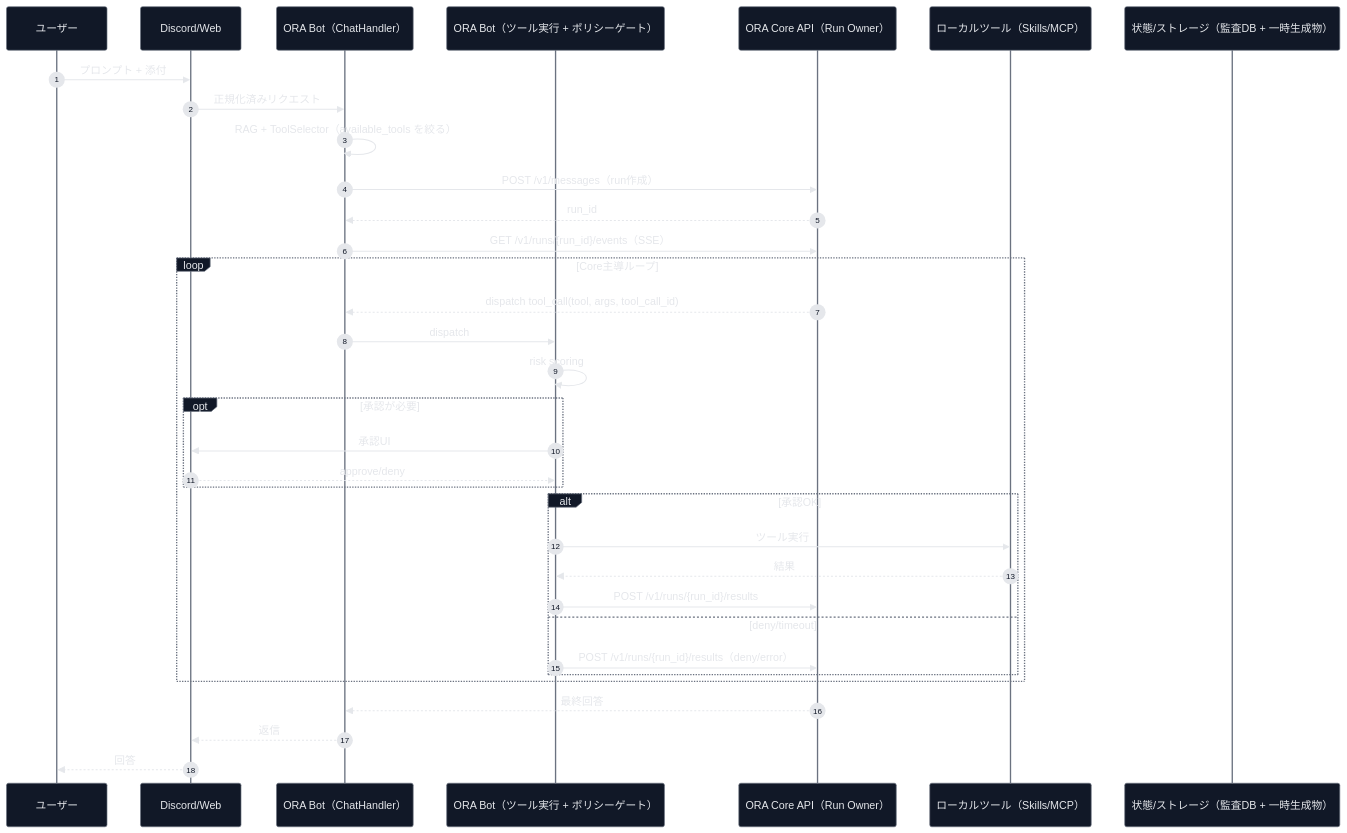
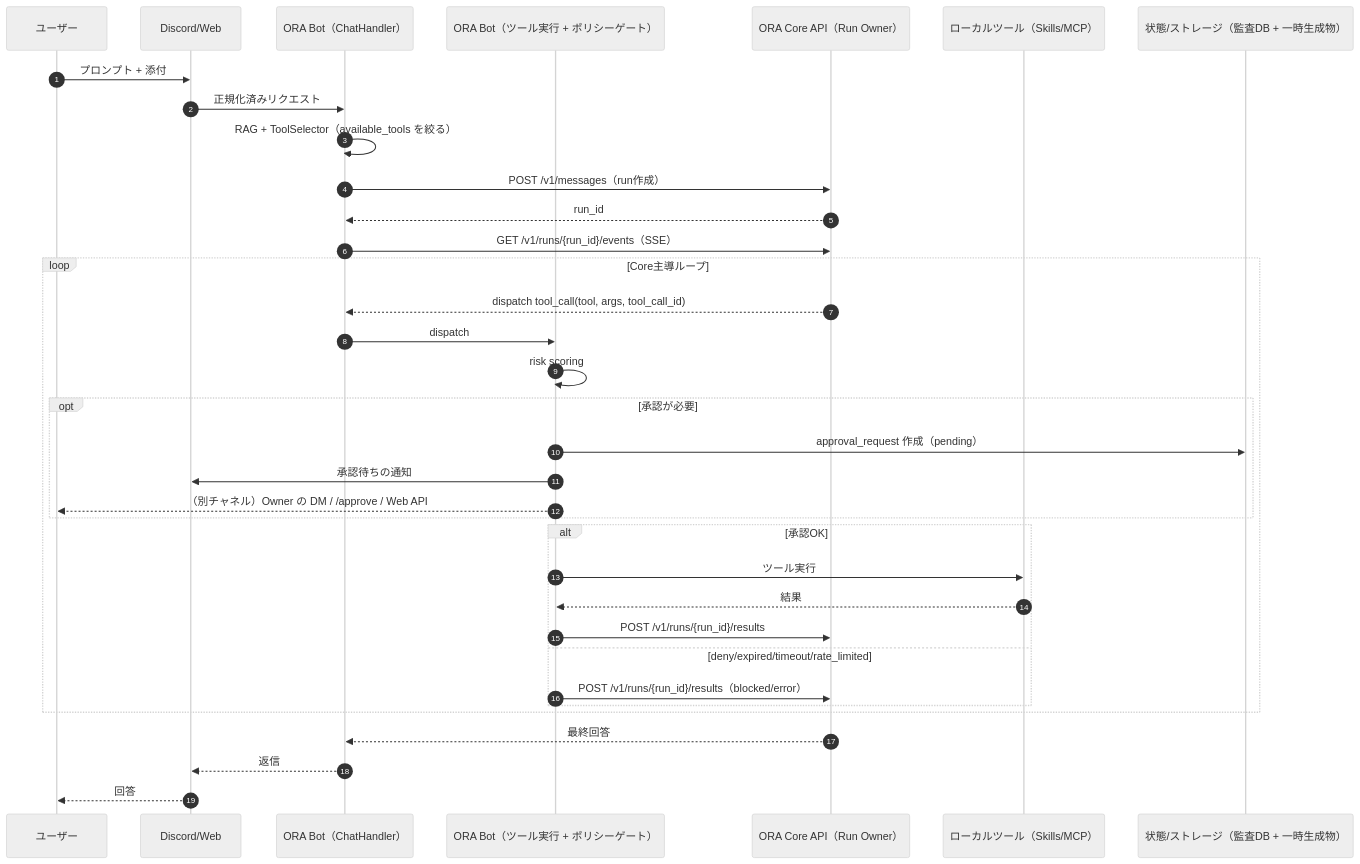
One commit to YoneRai12/YonerAI changed the diagram in README_JP.md. Above: the diagram before and after it, drawn with Mermaid. The commit also changed other lines of this file and 1 other file, not shown here.

Commit message:
docs: fix GitHub Mermaid contrast for sequence diagram

````diff
--- a/README_JP.md
+++ b/README_JP.md
@@ -192,40 +194,41 @@
 ```mermaid
-%%{init: {"theme":"base","themeVariables":{"mainBkg":"#0d1117","textColor":"#e5e7eb","lineColor":"#9ca3af","primaryColor":"#111827","primaryTextColor":"#e5e7eb","primaryBorderColor":"#6b7280","actorBkg":"#111827","actorBorder":"#6b7280","actorTextColor":"#e5e7eb","actorLineColor":"#6b7280","signalColor":"#e5e7eb","signalTextColor":"#e5e7eb","sequenceNumberBgColor":"#e5e7eb","sequenceNumberColor":"#111827","labelBoxBkgColor":"#111827","labelBoxBorderColor":"#6b7280","labelTextColor":"#e5e7eb","loopBkgColor":"#111827","loopBorderColor":"#6b7280","loopTextColor":"#e5e7eb","noteBkgColor":"#111827","noteBorderColor":"#6b7280","noteTextColor":"#e5e7eb","activationBkgColor":"#1f2937","activationBorderColor":"#6b7280"}}}%%
+%%{init: {"theme":"neutral"}}%%
 sequenceDiagram
     autonumber
     participant U as ユーザー
     participant P as Discord/Web
     participant CH as ORA Bot（ChatHandler）
     participant EX as ORA Bot（ツール実行 + ポリシーゲート）
     participant CORE as ORA Core API（Run Owner）
     participant LT as ローカルツール（Skills/MCP）
     participant ST as 状態/ストレージ（監査DB + 一時生成物）
 
     U->>P: プロンプト + 添付
     P->>CH: 正規化済みリクエスト
     CH->>CH: RAG + ToolSelector（available_tools を絞る）
     CH->>CORE: POST /v1/messages（run作成）
     CORE-->>CH: run_id
     CH->>CORE: GET /v1/runs/{run_id}/events（SSE）
 
     loop Core主導ループ
         CORE-->>CH: dispatch tool_call(tool, args, tool_call_id)
         CH->>EX: dispatch
         EX->>EX: risk scoring
         opt 承認が必要
-            EX->>P: 承認UI
-            P-->>EX: approve/deny
+            EX->>ST: approval_request 作成（pending）
+            EX->>P: 承認待ちの通知
+            EX-->>U: （別チャネル）Owner の DM / /approve / Web API
         end
         alt 承認OK
             EX->>LT: ツール実行
             LT-->>EX: 結果
             EX->>CORE: POST /v1/runs/{run_id}/results
-        else deny/timeout
-            EX->>CORE: POST /v1/runs/{run_id}/results（deny/error）
+        else deny/expired/timeout/rate_limited
+            EX->>CORE: POST /v1/runs/{run_id}/results（blocked/error）
         end
     end
 
     CORE-->>CH: 最終回答
     CH-->>P: 返信
     P-->>U: 回答
 ```
````
